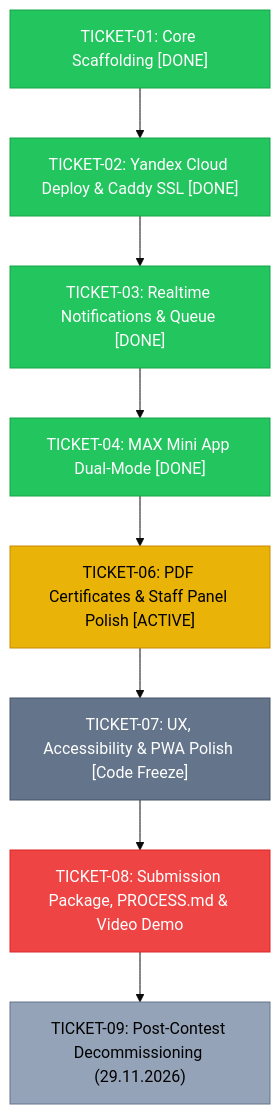
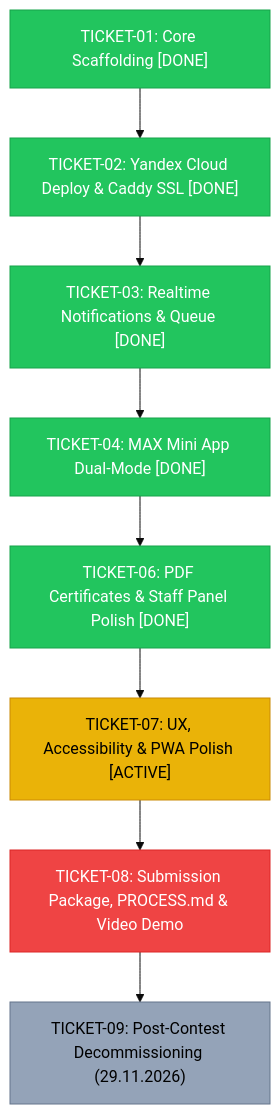
One commit to Nek1yZakhar/dekanat changed the diagram in docs/STATE.md. Above: the diagram before and after it, drawn with Mermaid (base theme). The commit also changed other lines of this file and 15 other files, not shown here.

Commit message:
feat(certificates): генератор PDF-справок, ролевая изоляция деканата и консоль модератора (TICKET-06)

````diff
--- a/docs/STATE.md
+++ b/docs/STATE.md
@@ -59,19 +64,19 @@
 ```mermaid
 graph TD
     T01["TICKET-01: Core Scaffolding [DONE]"] --> T02["TICKET-02: Yandex Cloud Deploy & Caddy SSL [DONE]"]
     T02 --> T03["TICKET-03: Realtime Notifications & Queue [DONE]"]
     T03 --> T04["TICKET-04: MAX Mini App Dual-Mode [DONE]"]
-    T04 --> T06["TICKET-06: PDF Certificates & Staff Panel Polish [ACTIVE]"]
-    T06 --> T07["TICKET-07: UX, Accessibility & PWA Polish [Code Freeze]"]
+    T04 --> T06["TICKET-06: PDF Certificates & Staff Panel Polish [DONE]"]
+    T06 --> T07["TICKET-07: UX, Accessibility & PWA Polish [ACTIVE]"]
     T07 --> T08["TICKET-08: Submission Package, PROCESS.md & Video Demo"]
     T08 --> T09["TICKET-09: Post-Contest Decommissioning (29.11.2026)"]
 
     style T01 fill:#22c55e,stroke:#16a34a,color:#fff
     style T02 fill:#22c55e,stroke:#16a34a,color:#fff
     style T03 fill:#22c55e,stroke:#16a34a,color:#fff
     style T04 fill:#22c55e,stroke:#16a34a,color:#fff
-    style T06 fill:#eab308,stroke:#ca8a04,color:#000
-    style T07 fill:#64748b,stroke:#475569,color:#fff
+    style T06 fill:#22c55e,stroke:#16a34a,color:#fff
+    style T07 fill:#eab308,stroke:#ca8a04,color:#000
     style T08 fill:#ef4444,stroke:#dc2626,color:#fff
     style T09 fill:#94a3b8,stroke:#64748b,color:#000
 ```
````
